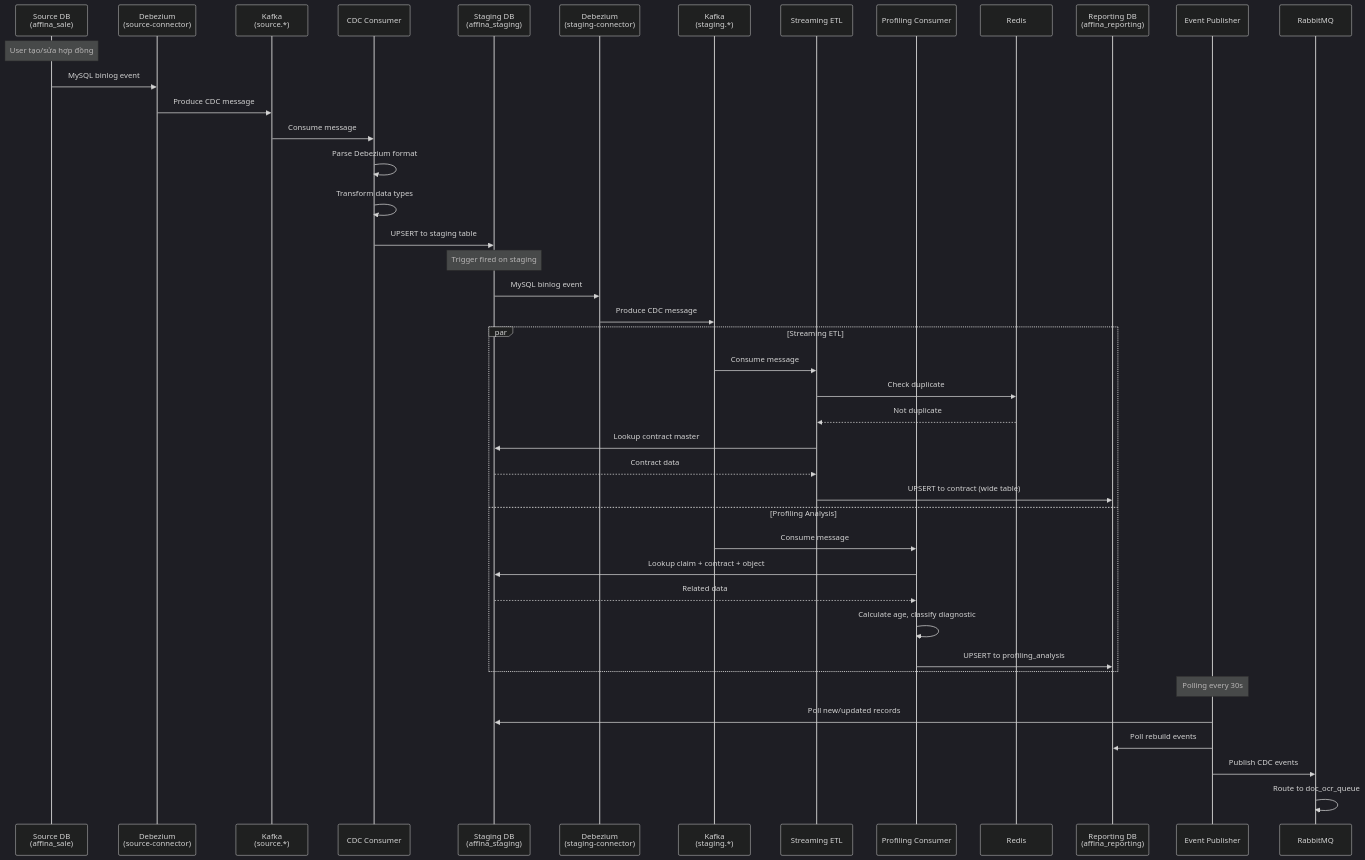
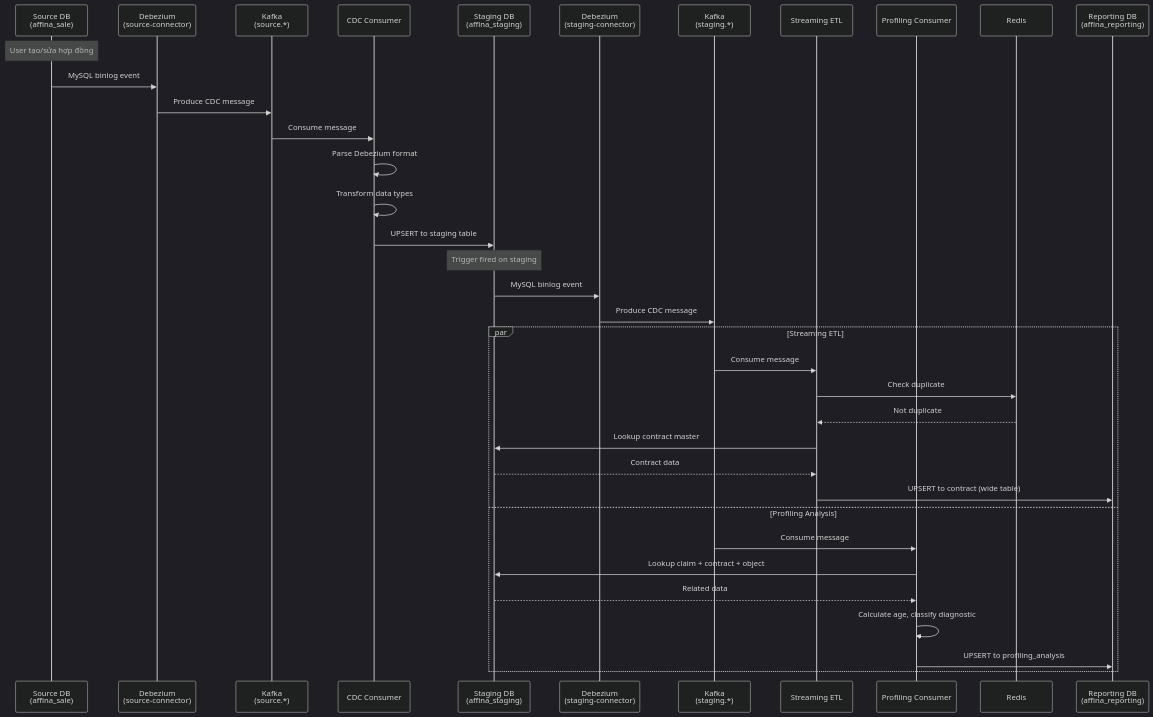
Before and after one commit to phatle224/Hybrid-Data-Ingestion-Streaming-Platform: the seventh of 8 diagrams in docs/PROJECT_FLOW.md, drawn with Mermaid (dark theme). The commit also changed other lines of this file and 97 other files, not shown here.

````diff
--- a/docs/PROJECT_FLOW.md
+++ b/docs/PROJECT_FLOW.md
@@ -330,53 +277,44 @@
 ```mermaid
 sequenceDiagram
     participant SRC as Source DB<br/>(affina_sale)
     participant DBZ1 as Debezium<br/>(source-connector)
     participant KF1 as Kafka<br/>(source.*)
     participant CDC as CDC Consumer
     participant STG as Staging DB<br/>(affina_staging)
     participant DBZ2 as Debezium<br/>(staging-connector)
     participant KF2 as Kafka<br/>(staging.*)
     participant ETL as Streaming ETL
     participant PROF as Profiling Consumer
     participant REDIS as Redis
     participant RPT as Reporting DB<br/>(affina_reporting)
-    participant EVT as Event Publisher
-    participant RMQ as RabbitMQ
 
     Note over SRC: User tạo/sửa hợp đồng
 
     SRC->>DBZ1: MySQL binlog event
     DBZ1->>KF1: Produce CDC message
     KF1->>CDC: Consume message
 
     CDC->>CDC: Parse Debezium format
     CDC->>CDC: Transform data types
     CDC->>STG: UPSERT to staging table
 
     Note over STG: Trigger fired on staging
 
     STG->>DBZ2: MySQL binlog event
     DBZ2->>KF2: Produce CDC message
 
     par Streaming ETL
         KF2->>ETL: Consume message
         ETL->>REDIS: Check duplicate
         REDIS-->>ETL: Not duplicate
         ETL->>STG: Lookup contract master
         STG-->>ETL: Contract data
         ETL->>RPT: UPSERT to contract (wide table)
     and Profiling Analysis
         KF2->>PROF: Consume message
         PROF->>STG: Lookup claim + contract + object
         STG-->>PROF: Related data
         PROF->>PROF: Calculate age, classify diagnostic
         PROF->>RPT: UPSERT to profiling_analysis
     end
-
-    Note over EVT: Polling every 30s
-
-    EVT->>STG: Poll new/updated records
-    EVT->>RPT: Poll rebuild events
-    EVT->>RMQ: Publish CDC events
-    RMQ->>RMQ: Route to doc_ocr_queue
 ```
````
